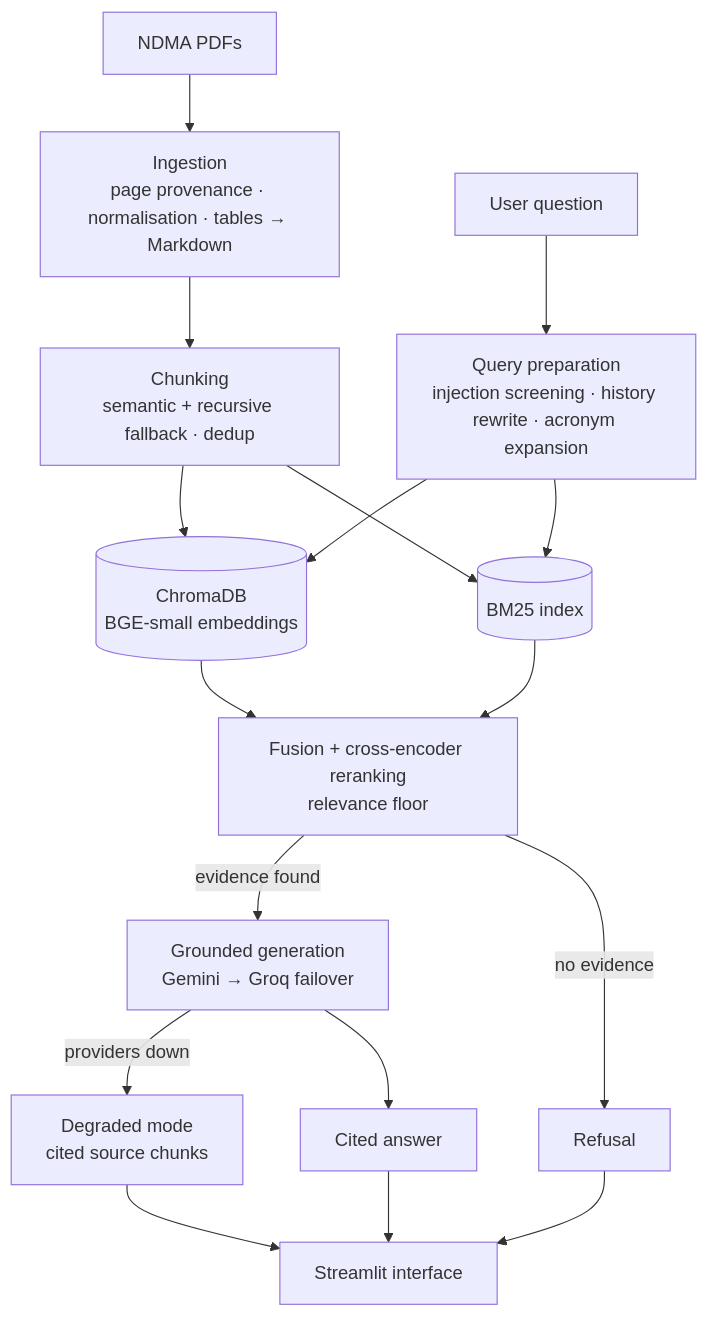
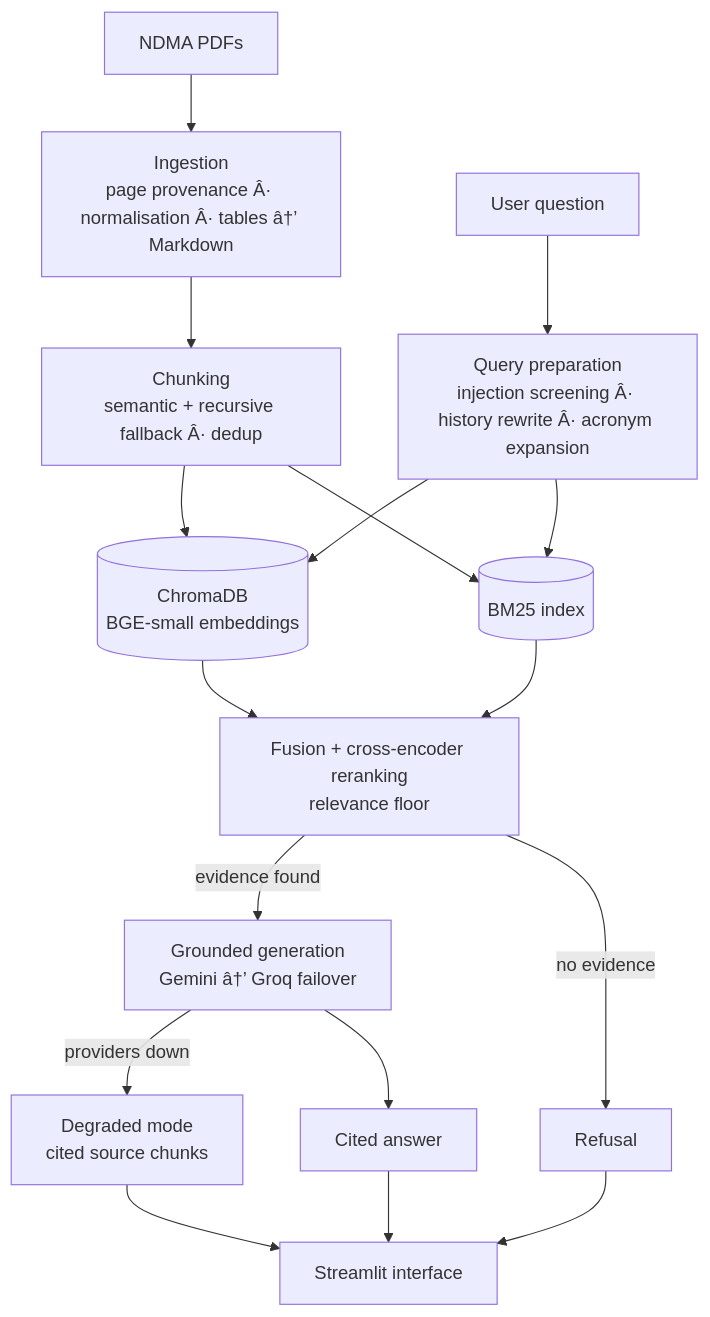
Before and after one commit to meeasadamin/CITARA: the diagram in README.md, drawn with Mermaid. The commit also changed other lines of this file and 4 other files, not shown here.

````diff
--- a/README.md
+++ b/README.md
@@ -45,15 +45,15 @@
 ```mermaid
 flowchart TD
-    A[NDMA PDFs] --> B[Ingestion<br/>page provenance · normalisation · tables → Markdown]
-    B --> C[Chunking<br/>semantic + recursive fallback · dedup]
+    A[NDMA PDFs] --> B[Ingestion<br/>page provenance Â· normalisation Â· tables â†’ Markdown]
+    B --> C[Chunking<br/>semantic + recursive fallback Â· dedup]
     C --> D[(ChromaDB<br/>BGE-small embeddings)]
     C --> E[(BM25 index)]
-    Q[User question] --> F[Query preparation<br/>injection screening · history rewrite · acronym expansion]
+    Q[User question] --> F[Query preparation<br/>injection screening Â· history rewrite Â· acronym expansion]
     F --> D & E
     D & E --> G[Fusion + cross-encoder reranking<br/>relevance floor]
-    G -- evidence found --> H[Grounded generation<br/>Gemini → Groq failover]
+    G -- evidence found --> H[Grounded generation<br/>Gemini â†’ Groq failover]
     G -- no evidence --> R[Refusal]
     H -- providers down --> X[Degraded mode<br/>cited source chunks]
     H --> I[Cited answer]
     I & R & X --> U[Streamlit interface]
 ```
````
